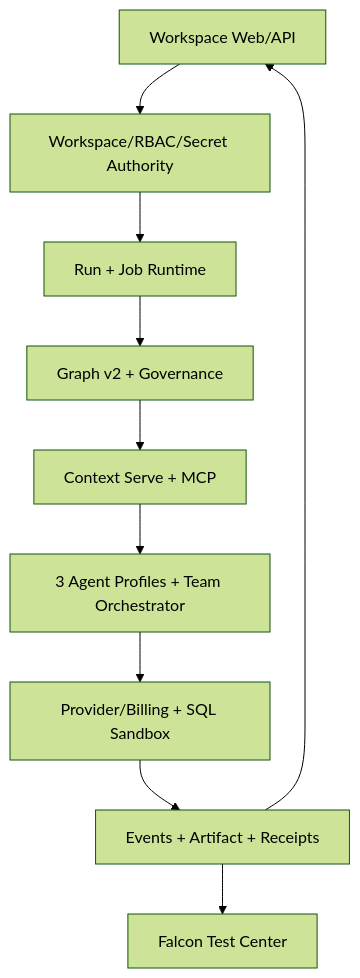
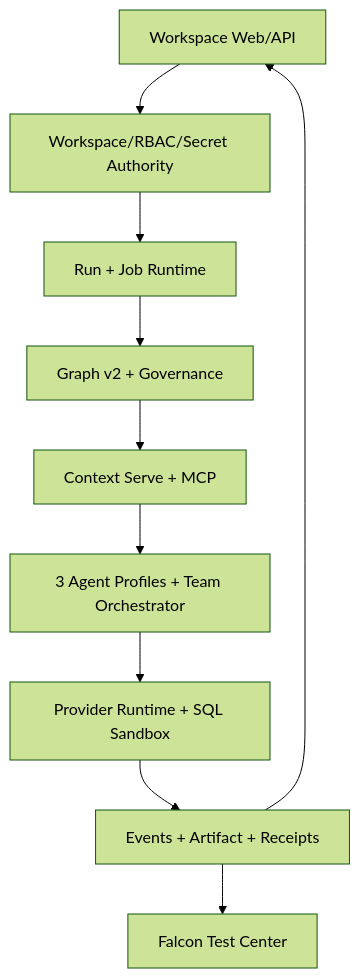
One commit to LienJack/data-agent changed the fourth of 4 diagrams in docs/plans/2026-08-16-001-feat-datafoundry-coa-migration-plan.md. Above: the diagram before and after it, drawn with Mermaid (forest theme). The commit also changed other lines of this file, not shown here.

Commit message:
docs: remove billing from DataFoundry greenfield plan

````diff
--- a/docs/plans/2026-08-16-001-feat-datafoundry-coa-migration-plan.md
+++ b/docs/plans/2026-08-16-001-feat-datafoundry-coa-migration-plan.md
@@ -1864,22 +1962,22 @@
 ```mermaid
 flowchart TB
     Web["Workspace Web/API"]
     Authority["Workspace/RBAC/Secret Authority"]
     Run["Run + Job Runtime"]
     Semantic["Graph v2 + Governance"]
     Context["Context Serve + MCP"]
     Team["3 Agent Profiles + Team Orchestrator"]
-    Execute["Provider/Billing + SQL Sandbox"]
+    Execute["Provider Runtime + SQL Sandbox"]
     Evidence["Events + Artifact + Receipts"]
     Eval["Falcon Test Center"]
 
     Web --> Authority
     Authority --> Run
     Run --> Semantic
     Semantic --> Context
     Context --> Team
     Team --> Execute
     Execute --> Evidence
     Evidence --> Web
     Evidence --> Eval
 ```
````
